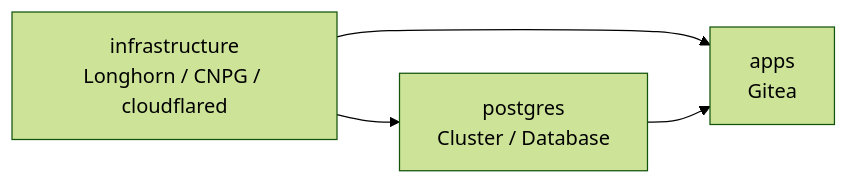
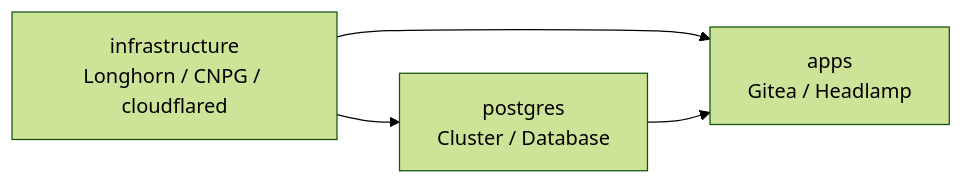
Before and after one commit to tsuji-riya/lab: the third of 3 diagrams in README.md, drawn with Mermaid (forest theme). The commit also changed other lines of this file and 10 other files, not shown here.

````diff
--- a/README.md
+++ b/README.md
@@ -199,6 +209,6 @@
 ```mermaid
 flowchart LR
     a["infrastructure<br/>Longhorn / CNPG / cloudflared"] --> b["postgres<br/>Cluster / Database"]
-    a --> c["apps<br/>Gitea"]
+    a --> c["apps<br/>Gitea / Headlamp"]
     b --> c
 ```
````
